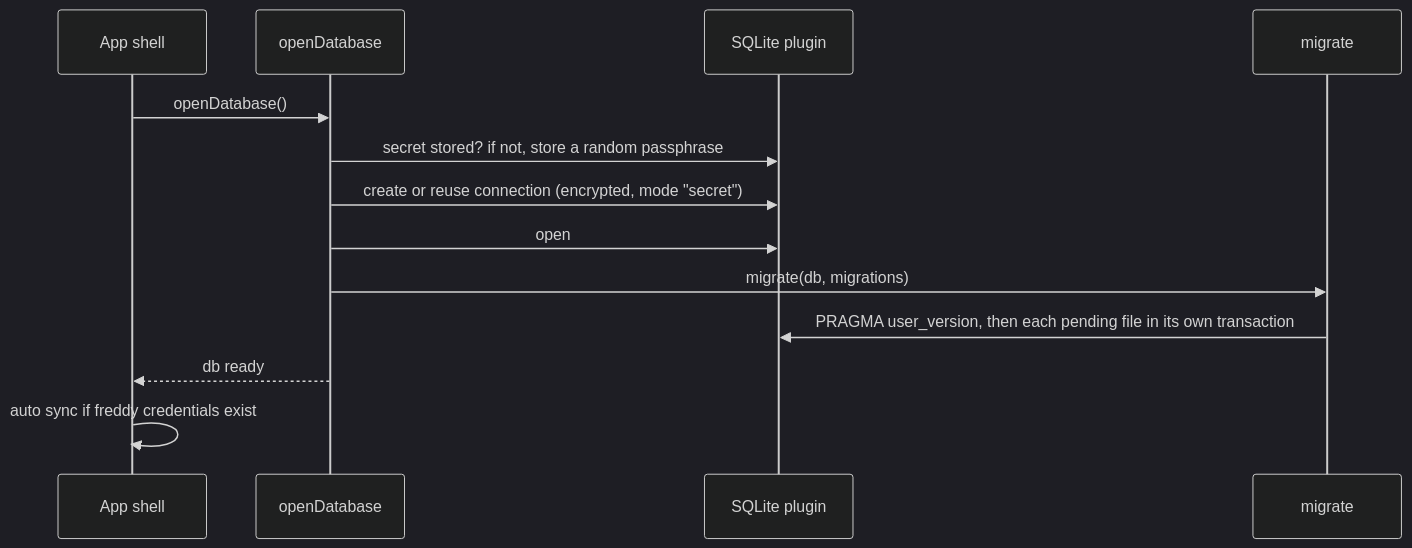
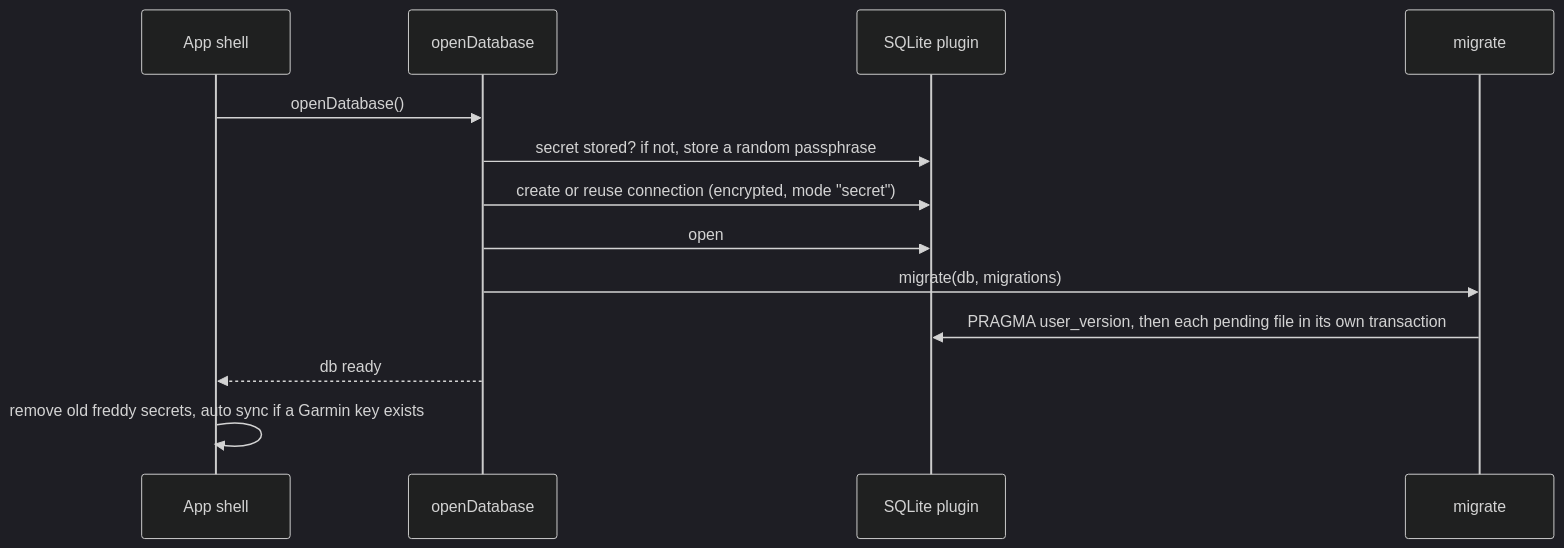
Before and after one commit to alfredoartilesv/even: the third of 6 diagrams in docs/HLD.md, drawn with Mermaid (dark theme). The commit also changed other lines of this file and 45 other files, not shown here.

First line of the commit message:
Daily aggregation fix for Garmin workouts; remove the freddy code; docs

````diff
--- a/docs/HLD.md
+++ b/docs/HLD.md
@@ -123,15 +121,15 @@
 ```mermaid
 sequenceDiagram
   participant UI as App shell
   participant Open as openDatabase
   participant SQL as SQLite plugin
   participant M as migrate
   UI->>Open: openDatabase()
   Open->>SQL: secret stored? if not, store a random passphrase
   Open->>SQL: create or reuse connection (encrypted, mode "secret")
   Open->>SQL: open
   Open->>M: migrate(db, migrations)
   M->>SQL: PRAGMA user_version, then each pending file in its own transaction
   Open-->>UI: db ready
-  UI->>UI: auto sync if freddy credentials exist
+  UI->>UI: remove old freddy secrets, auto sync if a Garmin key exists
 ```
````
